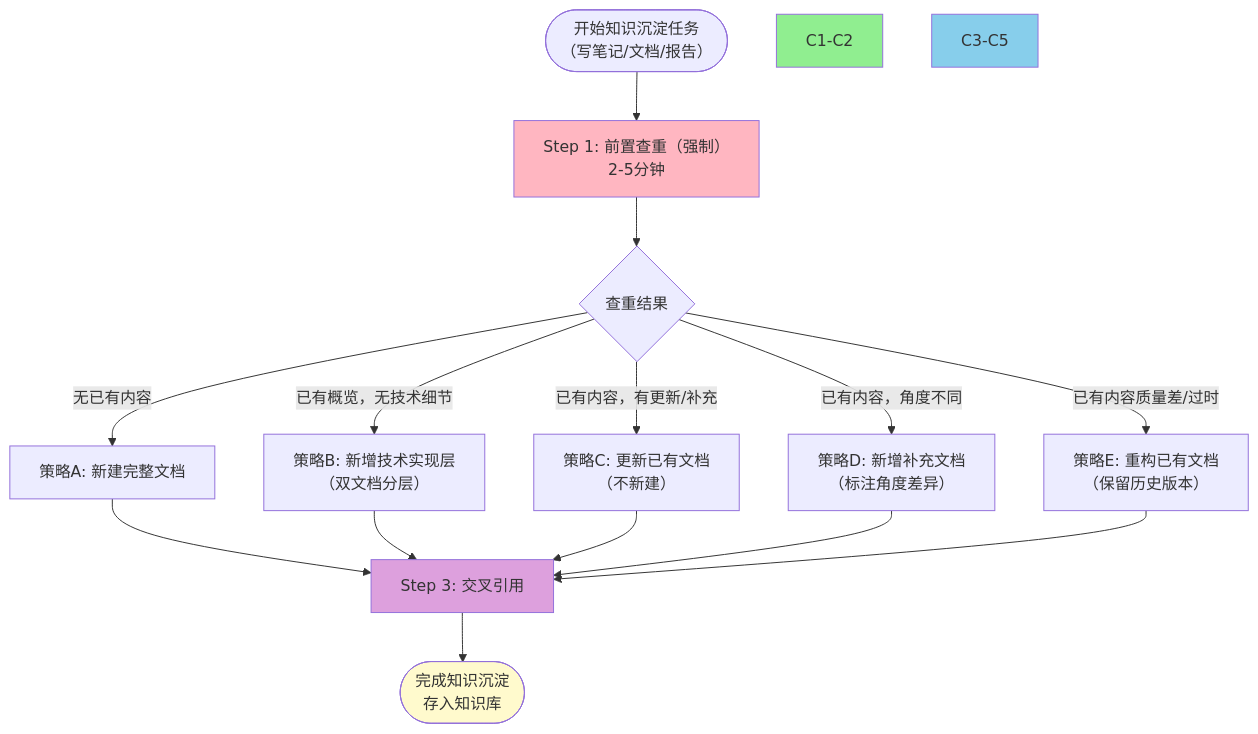
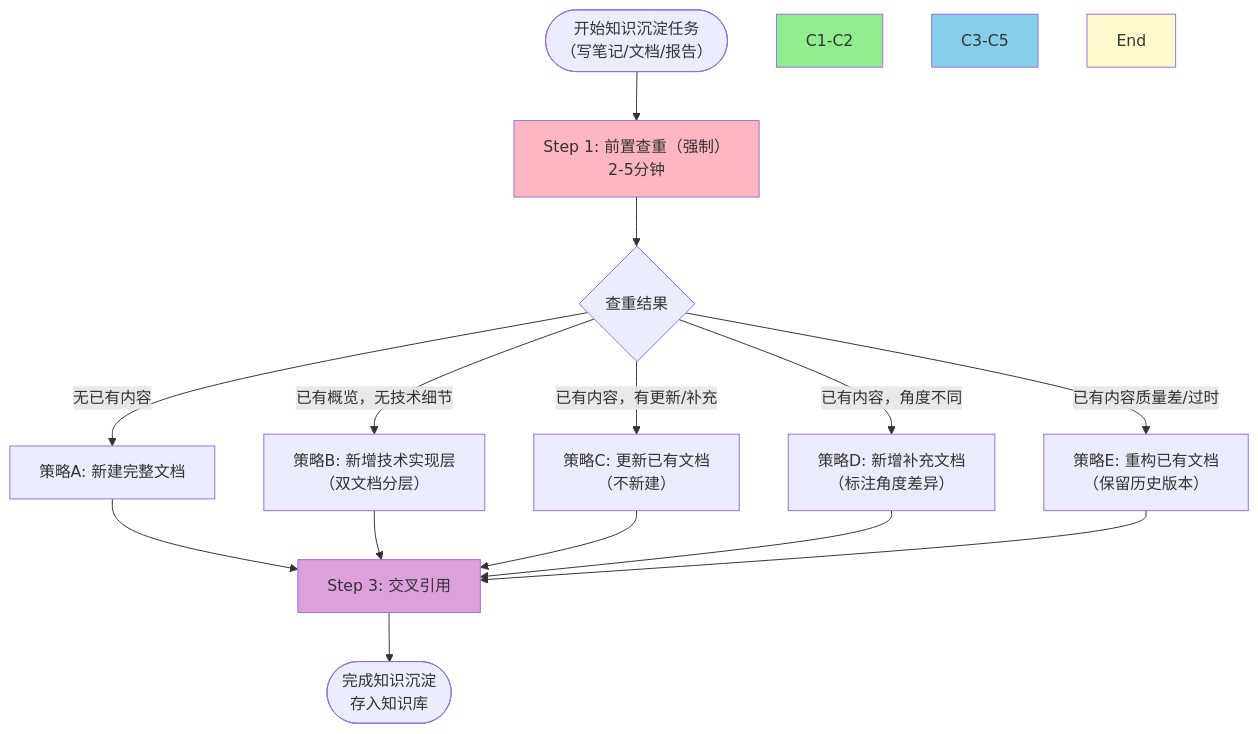
The first of 2 diagrams in .agents/docs/retrospective/patterns/methodology-patterns/retrospective-knowledge/pre-check-duplication-layered-sedimentation.md (xinetzone/SpecWeave), drawn with Mermaid before and after one commit. The commit also changed 31 other files, not shown here.

Commit message:
docs(task8): 清零高价值人类文档的 Mermaid error

````diff
--- a/.agents/docs/retrospective/patterns/methodology-patterns/retrospective-knowledge/pre-check-duplication-layered-sedimentation.md
+++ b/.agents/docs/retrospective/patterns/methodology-patterns/retrospective-knowledge/pre-check-duplication-layered-sedimentation.md
@@ -53,21 +53,21 @@
 ```mermaid
 flowchart TD
     Start(["开始知识沉淀任务<br/>（写笔记/文档/报告）"]) --> S1["Step 1: 前置查重（强制）<br/>2-5分钟"]
     S1 --> R{"查重结果"}
     R -->|"无已有内容"| C1["策略A: 新建完整文档"]
     R -->|"已有概览，无技术细节"| C2["策略B: 新增技术实现层<br/>（双文档分层）"]
     R -->|"已有内容，有更新/补充"| C3["策略C: 更新已有文档<br/>（不新建）"]
     R -->|"已有内容，角度不同"| C4["策略D: 新增补充文档<br/>（标注角度差异）"]
     R -->|"已有内容质量差/过时"| C5["策略E: 重构已有文档<br/>（保留历史版本）"]
     C1 --> S3["Step 3: 交叉引用"]
     C2 --> S3
     C3 --> S3
     C4 --> S3
     C5 --> S3
-    S3 --> End(["完成知识沉淀<br/>存入知识库"])
+    S3 --> Complete(["完成知识沉淀<br/>存入知识库"])
     style S1 fill:#FFB6C1
     style C1-C2 fill:#90EE90
     style C3-C5 fill:#87CEEB
     style S3 fill:#DDA0DD
     style End fill:#FFFACD
 ```
````
